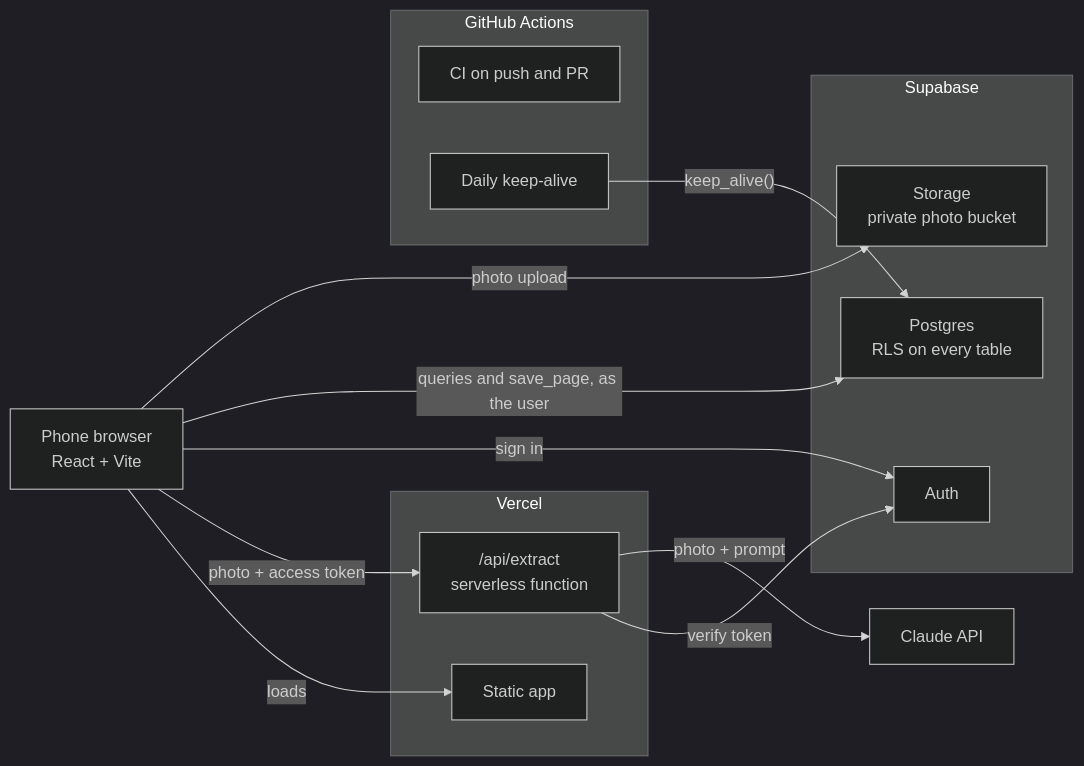
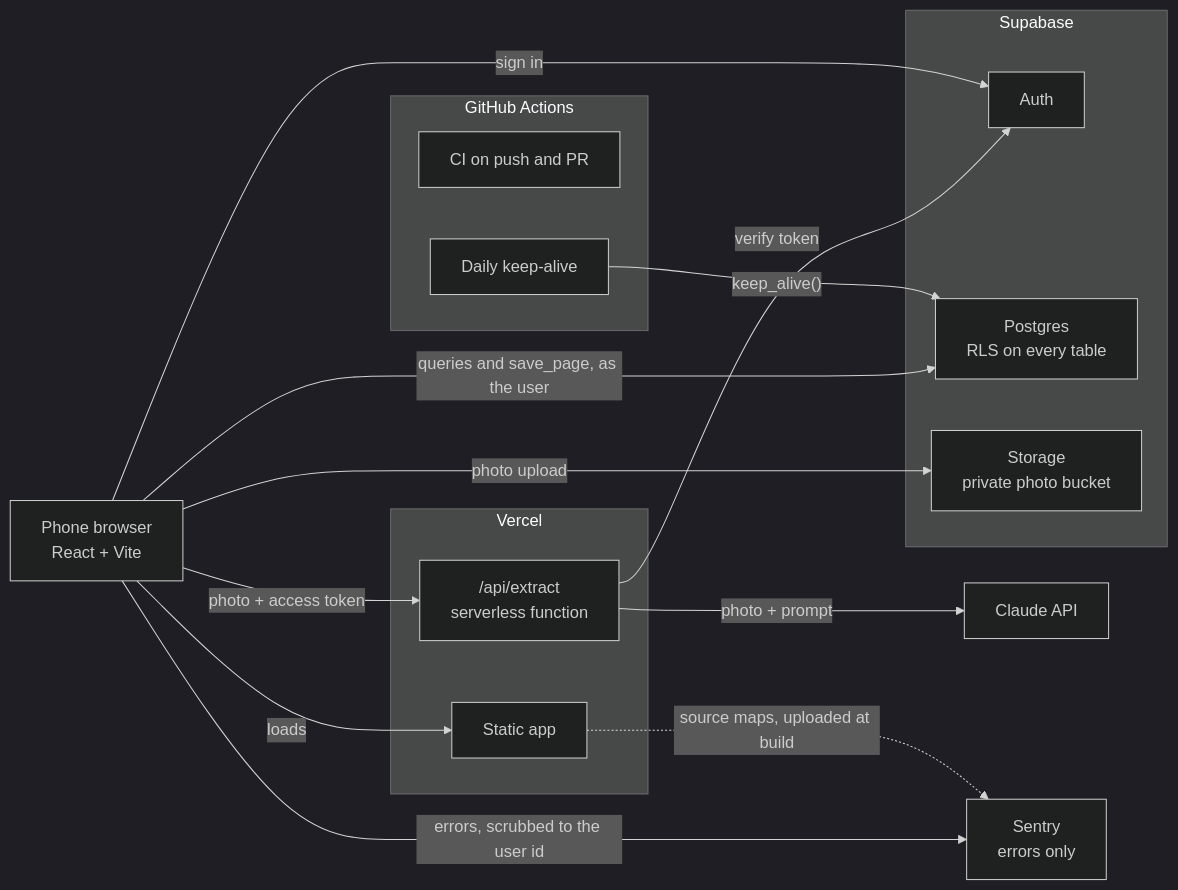
Before and after one commit to ng8nestor/reprise: the diagram in README.md, drawn with Mermaid (dark theme). The commit also changed other lines of this file and 16 other files, not shown here.

Commit message:
fix(observability): stop env leak into bundle, fix source map offset, attach user id (#16)

````diff
--- a/README.md
+++ b/README.md
@@ -50,31 +50,35 @@
 ```mermaid
 flowchart LR
   Phone["Phone browser<br/>React + Vite"]
 
   subgraph Vercel
     Static["Static app"]
     API["/api/extract<br/>serverless function"]
   end
 
   Claude["Claude API"]
 
   subgraph Supabase
     Auth["Auth"]
     DB["Postgres<br/>RLS on every table"]
     Storage["Storage<br/>private photo bucket"]
   end
 
+  Sentry["Sentry<br/>errors only"]
+
   subgraph GitHub["GitHub Actions"]
     CI["CI on push and PR"]
     KeepAlive["Daily keep-alive"]
   end
 
   Phone -->|loads| Static
   Phone -->|"photo + access token"| API
   API -->|"verify token"| Auth
   API -->|"photo + prompt"| Claude
   Phone -->|"sign in"| Auth
   Phone -->|"queries and save_page, as the user"| DB
   Phone -->|"photo upload"| Storage
   KeepAlive -->|"keep_alive()"| DB
+  Phone -->|"errors, scrubbed to the user id"| Sentry
+  Static -.->|"source maps, uploaded at build"| Sentry
 ```
````
